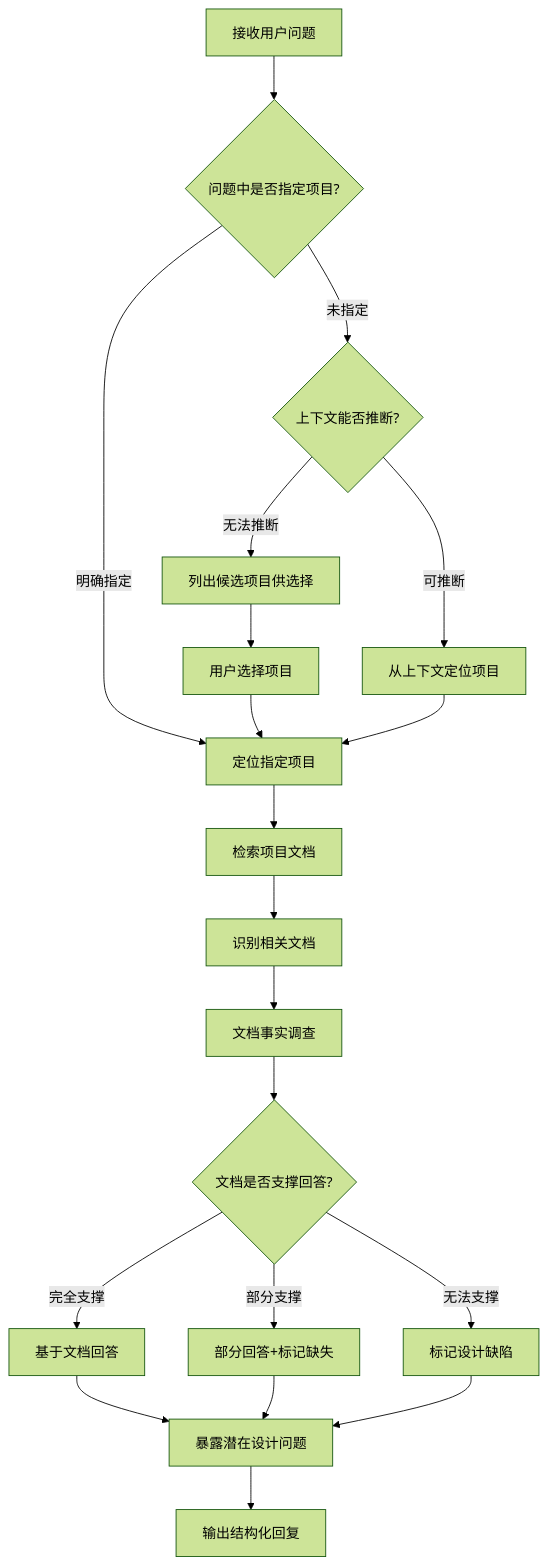
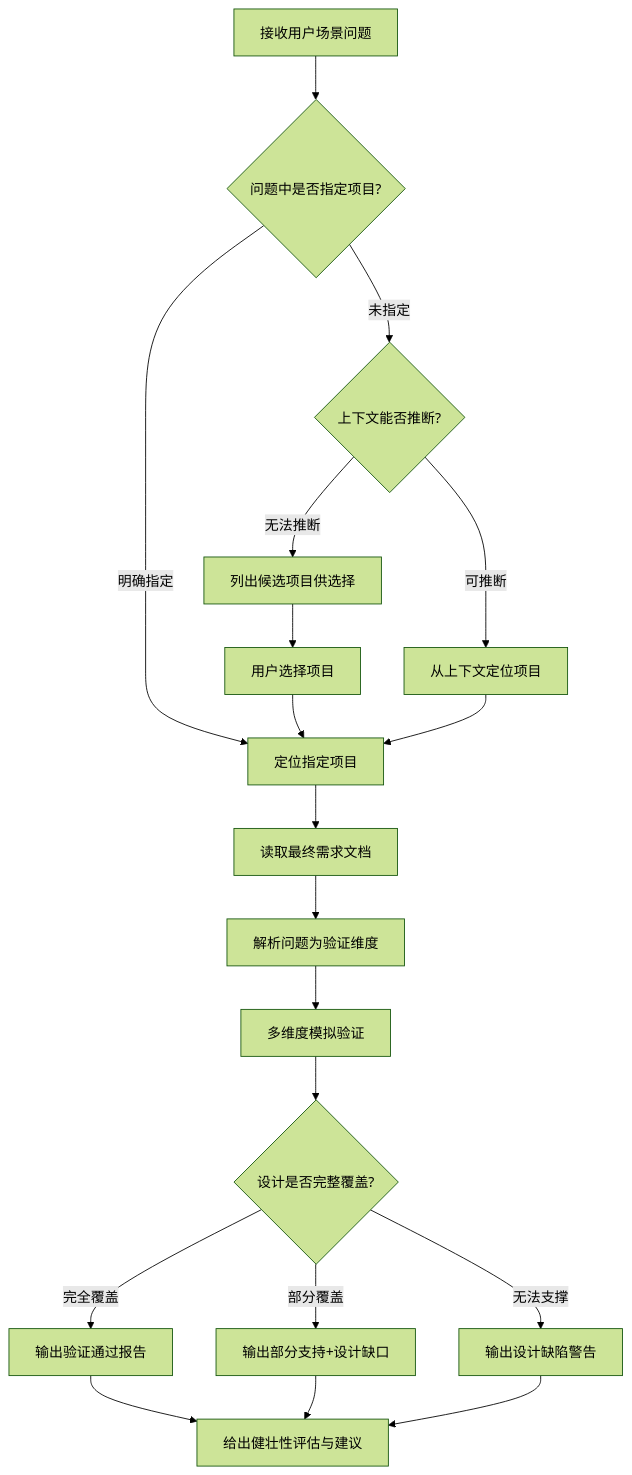
One commit to phoben/yuga-pm changed the diagram in skills/yg-question/SKILL.md. Above: the diagram before and after it, drawn with Mermaid (forest theme). The commit also changed other lines of this file and 5 other files, not shown here.

````diff
--- a/skills/yg-question/SKILL.md
+++ b/skills/yg-question/SKILL.md
@@ -29,22 +33,21 @@
 ```mermaid
 flowchart TD
-    A[接收用户问题] --> B{问题中是否指定项目?}
+    A[接收用户场景问题] --> B{问题中是否指定项目?}
     B -->|明确指定| C[定位指定项目]
     B -->|未指定| D{上下文能否推断?}
     D -->|可推断| E[从上下文定位项目]
     D -->|无法推断| F[列出候选项目供选择]
     F --> G[用户选择项目]
     G --> C
     E --> C
-    C --> H[检索项目文档]
-    H --> I[识别相关文档]
-    I --> J[文档事实调查]
-    J --> K{文档是否支撑回答?}
-    K -->|完全支撑| L[基于文档回答]
-    K -->|部分支撑| M[部分回答+标记缺失]
-    K -->|无法支撑| N[标记设计缺陷]
-    L --> O[暴露潜在设计问题]
+    C --> H[读取最终需求文档]
+    H --> I[解析问题为验证维度]
+    I --> J[多维度模拟验证]
+    J --> K{设计是否完整覆盖?}
+    K -->|完全覆盖| L[输出验证通过报告]
+    K -->|部分覆盖| M[输出部分支持+设计缺口]
+    K -->|无法支撑| N[输出设计缺陷警告]
+    L --> O[给出健壮性评估与建议]
     M --> O
     N --> O
-    O --> P[输出结构化回复]
 ```
````
